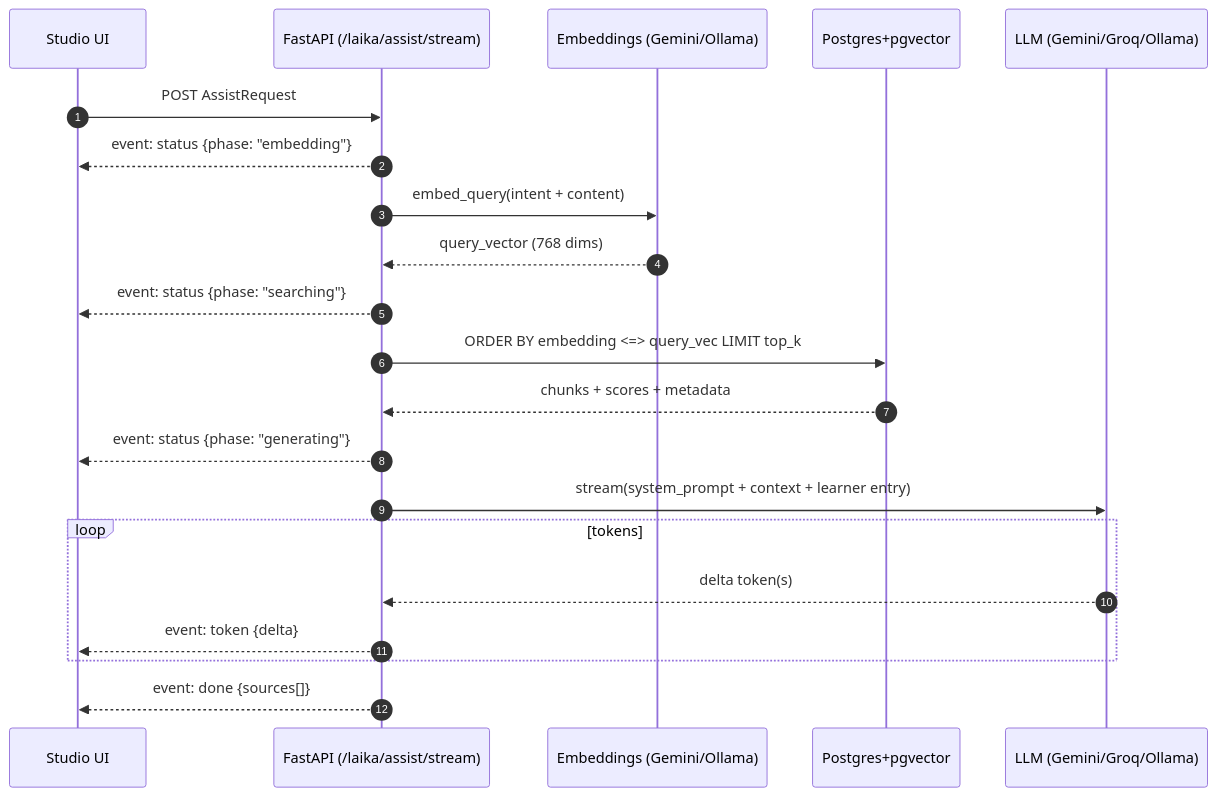
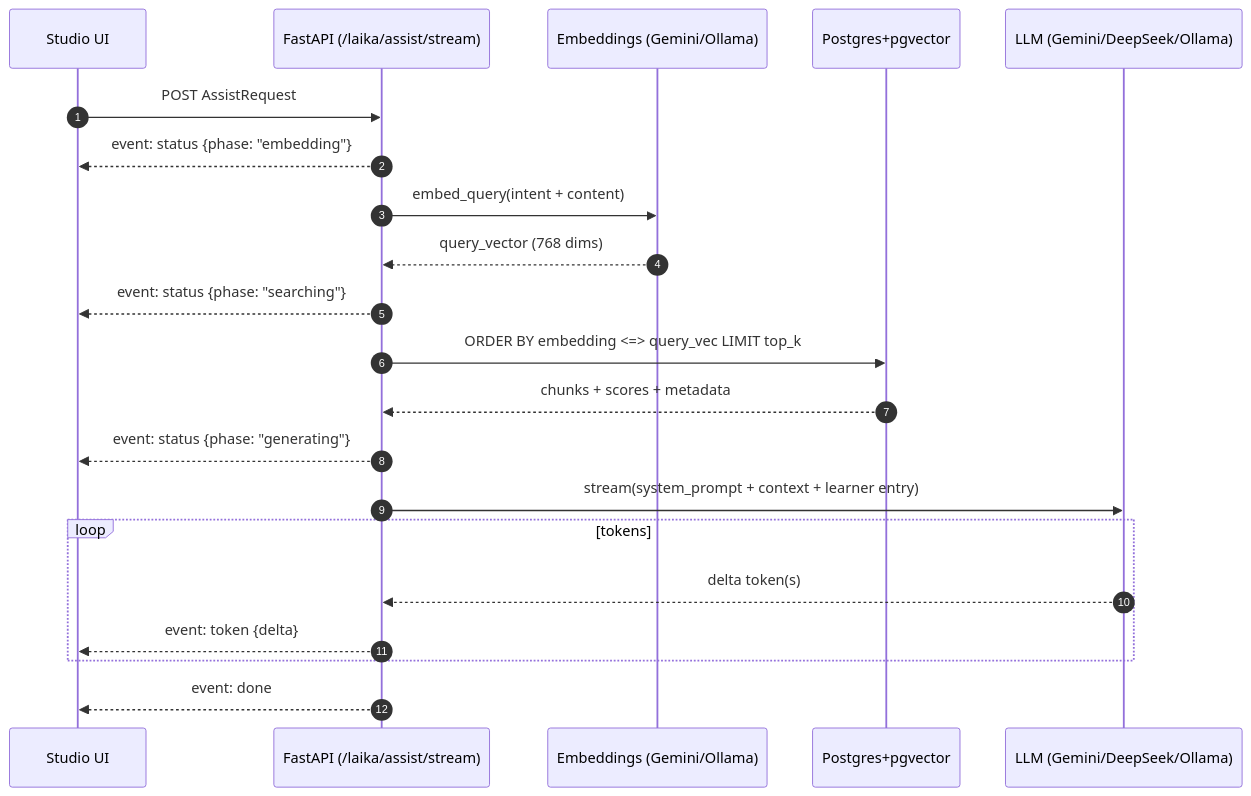
One commit to Tridevel-Lunar/Lunar-Backend changed the second of 3 diagrams in docs/laika.md. Above: the diagram before and after it, drawn with Mermaid. The commit also changed other lines of this file and 13 other files, not shown here.

First line of the commit message:
refactor: move node creation to backend, remove Groq + sources, add DeepSeek + updatedAt

````diff
--- a/docs/laika.md
+++ b/docs/laika.md
@@ -44,24 +42,24 @@
 ```mermaid
 sequenceDiagram
   autonumber
   participant UI as Studio UI
   participant API as FastAPI (/laika/assist/stream)
   participant EMB as Embeddings (Gemini/Ollama)
   participant DB as Postgres+pgvector
-  participant LLM as LLM (Gemini/Groq/Ollama)
+  participant LLM as LLM (Gemini/DeepSeek/Ollama)
 
   UI->>API: POST AssistRequest
   API-->>UI: event: status {phase: "embedding"}
   API->>EMB: embed_query(intent + content)
   EMB-->>API: query_vector (768 dims)
   API-->>UI: event: status {phase: "searching"}
   API->>DB: ORDER BY embedding <=> query_vec LIMIT top_k
   DB-->>API: chunks + scores + metadata
   API-->>UI: event: status {phase: "generating"}
   API->>LLM: stream(system_prompt + context + learner entry)
   loop tokens
     LLM-->>API: delta token(s)
     API-->>UI: event: token {delta}
   end
-  API-->>UI: event: done {sources[]}
+  API-->>UI: event: done
 ```
````
